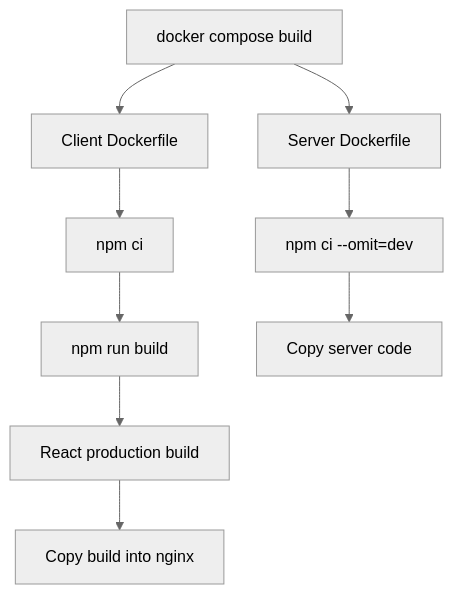
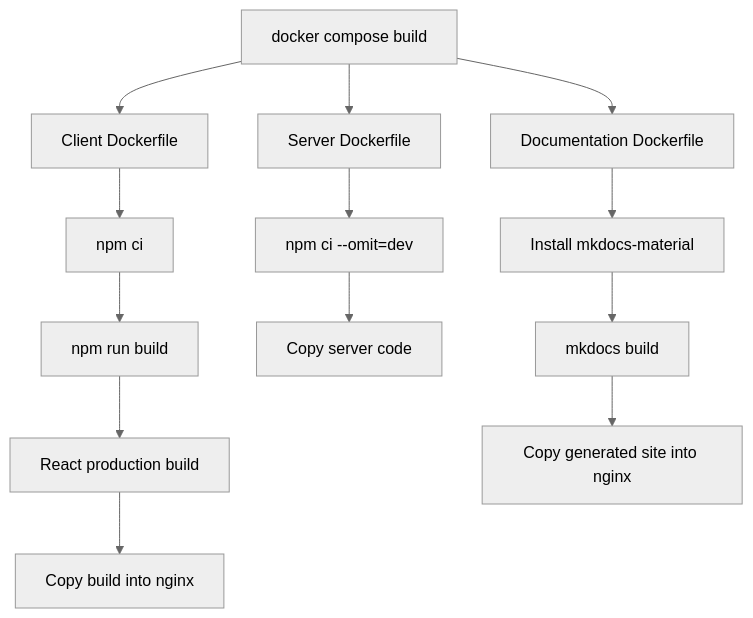
Before and after one commit to Gearsik/madiao: the first of 10 diagrams in docs/runbook/build-problems.md, drawn with Mermaid (neutral theme). The commit also changed other lines of this file and 16 other files, not shown here.

Commit message:
updates to the documentation that included the addition of HTTPS, also updated the other pages with documentation now being a part of the docker compose set up

````diff
--- a/docs/runbook/build-problems.md
+++ b/docs/runbook/build-problems.md
@@ -28,15 +29,20 @@
 ```mermaid
 flowchart TD
     Compose["docker compose build"]
 
     Compose --> Client["Client Dockerfile"]
     Compose --> Server["Server Dockerfile"]
+    Compose --> Docs["Documentation Dockerfile"]
 
     Client --> ClientInstall["npm ci"]
     ClientInstall --> ReactBuild["npm run build"]
     ReactBuild --> Static["React production build"]
-    Static --> Nginx["Copy build into nginx"]
+    Static --> ClientNginx["Copy build into nginx"]
 
     Server --> ServerInstall["npm ci --omit=dev"]
     ServerInstall --> CopyServer["Copy server code"]
+
+    Docs --> MkDocsInstall["Install mkdocs-material"]
+    MkDocsInstall --> MkDocsBuild["mkdocs build"]
+    MkDocsBuild --> DocsNginx["Copy generated site into nginx"]
 ```
````
